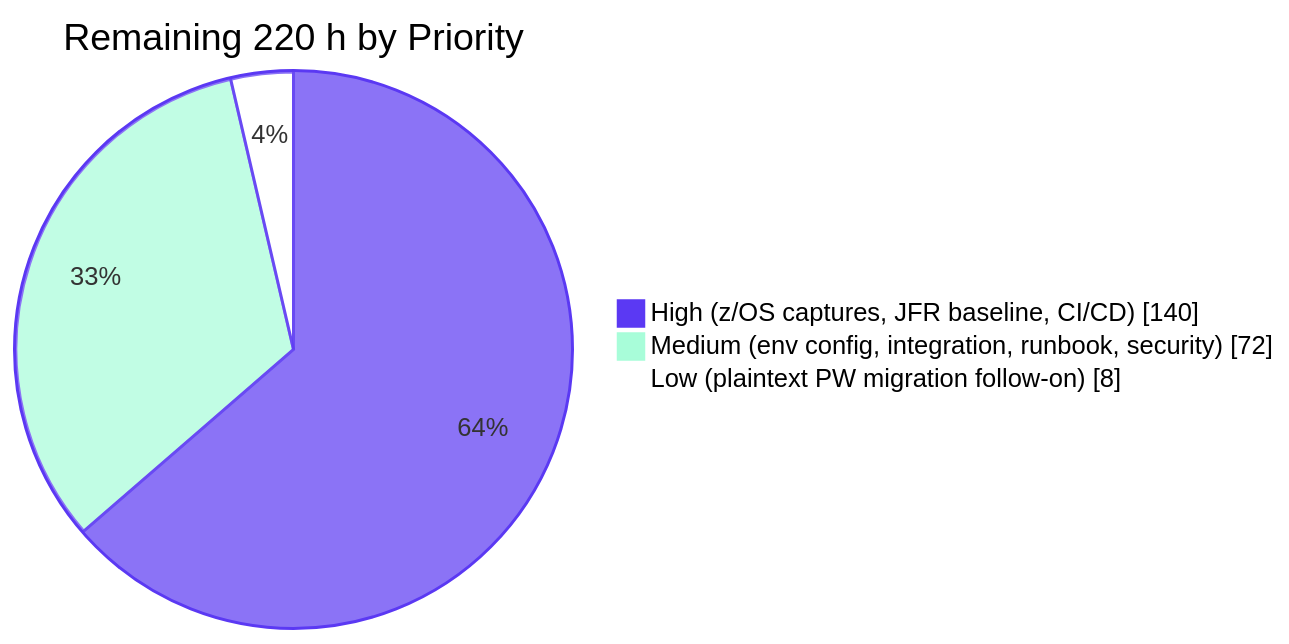
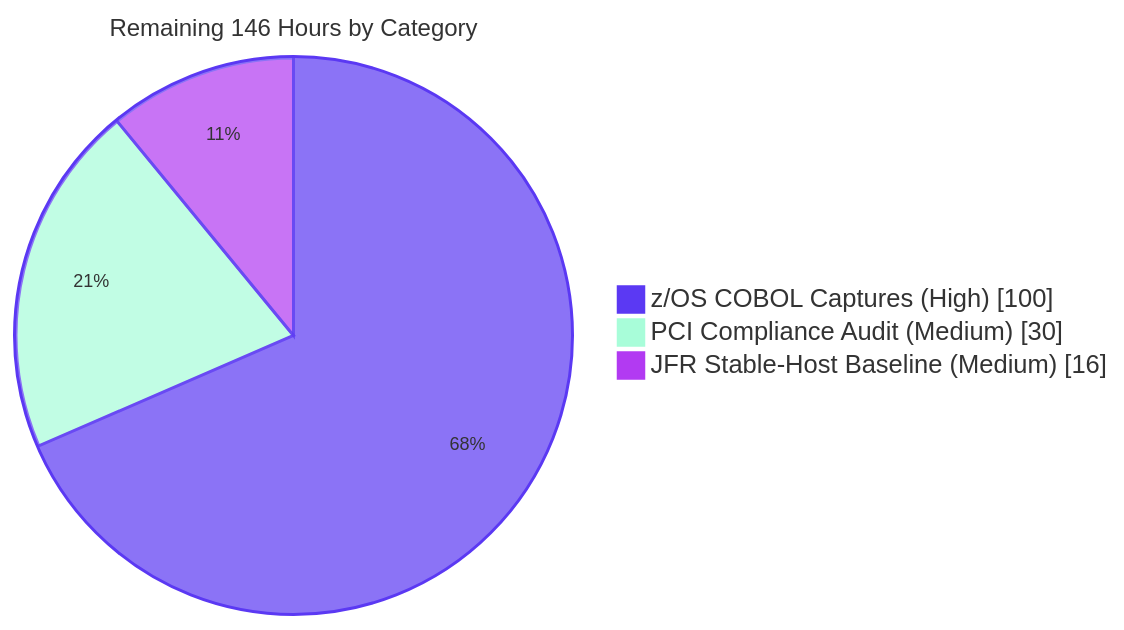
One commit to Blitzy-Sandbox/blitzy-card-demo changed the third of 3 diagrams in blitzy/documentation/Project Guide.md. Above: the diagram before and after it, drawn with Mermaid. The commit also changed other lines of this file, not shown here.

Commit message:
Adding Blitzy Project Guide: Project Status and Human Tasks Remaining

````diff
--- a/blitzy/documentation/Project Guide.md
+++ b/blitzy/documentation/Project Guide.md
@@ -249,7 +233,7 @@
 ```mermaid
-%%{init: {"themeVariables": {"pie1": "#5B39F3", "pie2": "#A8FDD9", "pie3": "#FFFFFF", "pieStrokeColor": "#5B39F3", "pieOuterStrokeColor": "#5B39F3"}}}%%
-pie showData title Remaining 220 h by Priority
-    "High (z/OS captures, JFR baseline, CI/CD)" : 140
-    "Medium (env config, integration, runbook, security)" : 72
-    "Low (plaintext PW migration follow-on)" : 8
+%%{init: {'theme':'base','themeVariables':{'pie1':'#5B39F3','pie2':'#A8FDD9','pie3':'#B23AF2','pieStrokeColor':'#5B39F3','pieOuterStrokeColor':'#5B39F3','pieTitleTextSize':'16px','pieSectionTextSize':'12px'}}}%%
+pie showData title Remaining 146 Hours by Category
+    "z/OS COBOL Captures (High)" : 100
+    "PCI Compliance Audit (Medium)" : 30
+    "JFR Stable-Host Baseline (Medium)" : 16
 ```
````
